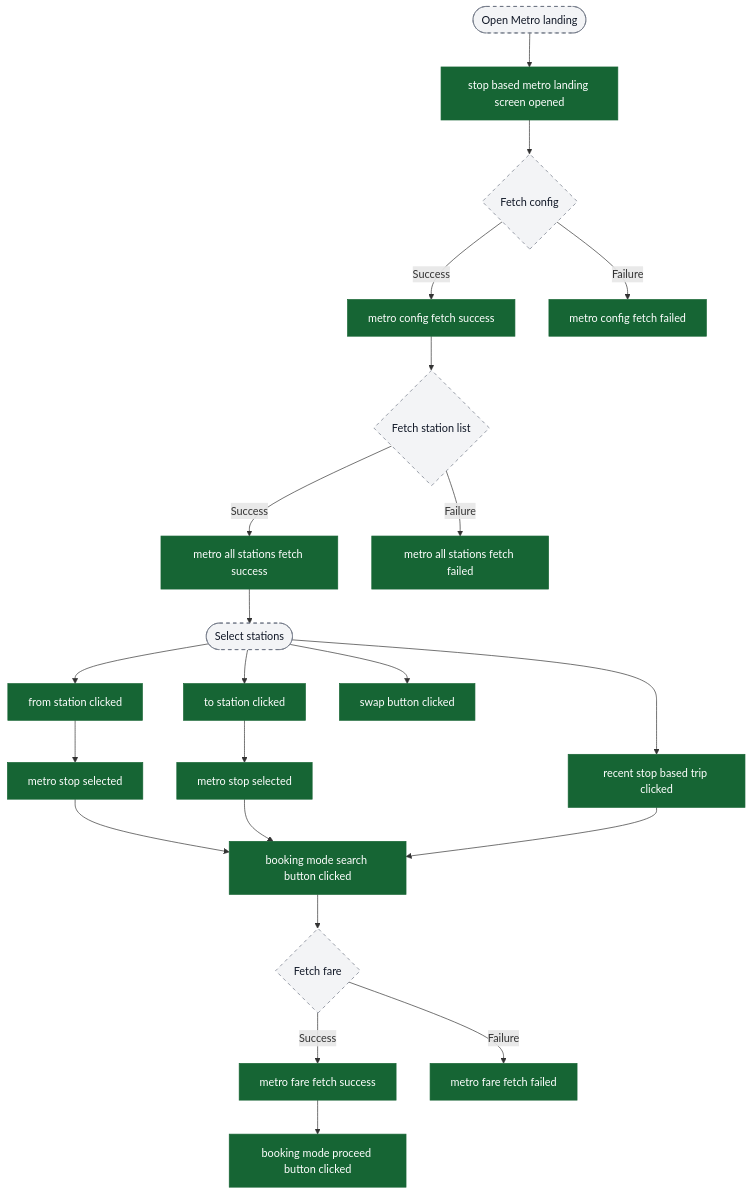
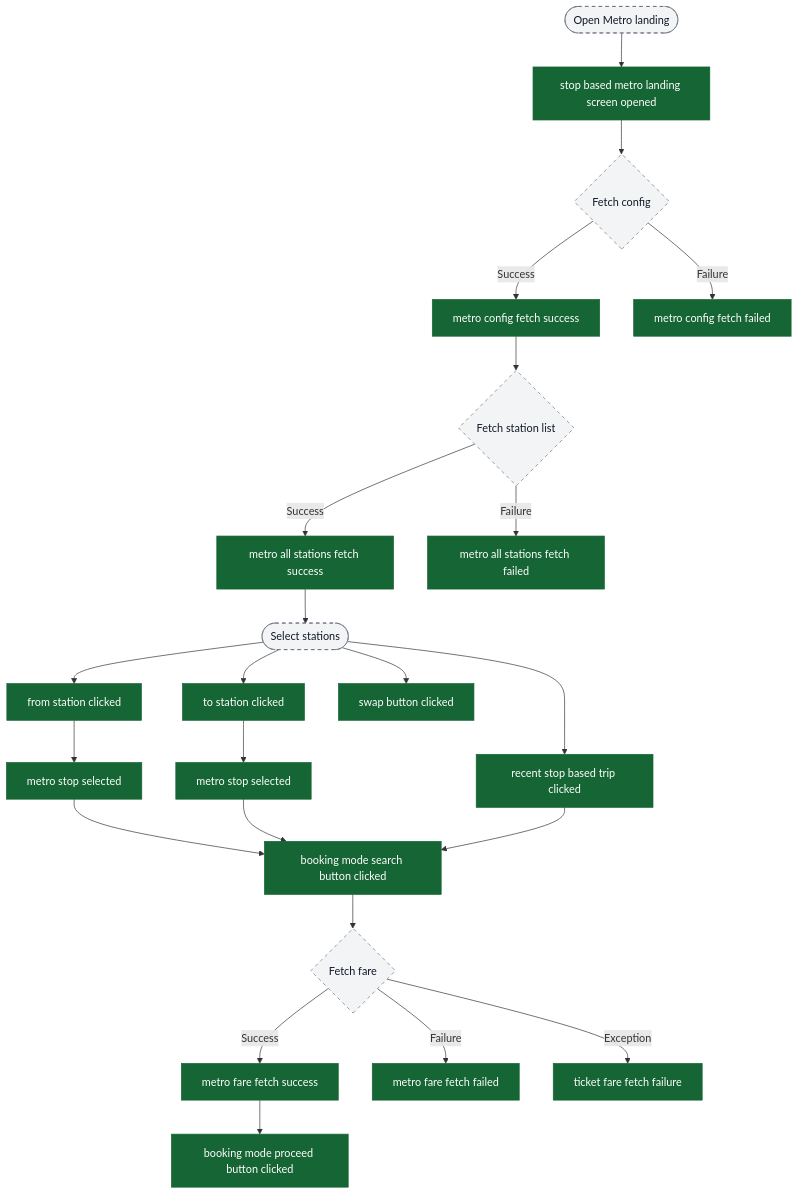
Before and after one commit to ratulsarna/chalo-app-dashboard: the second of 8 diagrams in content/analytics/metro/flow-diagrams.md, drawn with Mermaid. The commit also changed other lines of this file and 2 other files, not shown here.

Commit message:
feat(analytics): update metro flow diagrams and event properties for ONDC route search and ticket validation

````diff
--- a/content/analytics/metro/flow-diagrams.md
+++ b/content/analytics/metro/flow-diagrams.md
@@ -33,39 +33,40 @@
 ```mermaid
 flowchart TD
   ui_open([Open Metro landing]) --> ev_open["stop based metro landing screen opened"]
 
   ev_open --> ui_config{Fetch config}
   ui_config -->|Success| ev_cfgOk["metro config fetch success"]
   ui_config -->|Failure| ev_cfgFail["metro config fetch failed"]
 
   ev_cfgOk --> ui_stations{Fetch station list}
   ui_stations -->|Success| ev_stationsOk["metro all stations fetch success"]
   ui_stations -->|Failure| ev_stationsFail["metro all stations fetch failed"]
 
   ev_stationsOk --> ui_selectStops([Select stations])
 
   ui_selectStops --> ev_fromClick["from station clicked"]
   ev_fromClick --> ev_stopSelectedFrom["metro stop selected"]
 
   ui_selectStops --> ev_toClick["to station clicked"]
   ev_toClick --> ev_stopSelectedTo["metro stop selected"]
 
   ui_selectStops --> ev_swap["swap button clicked"]
   ui_selectStops --> ev_recentTrip["recent stop based trip clicked"]
 
   ev_stopSelectedFrom --> ev_searchBtn["booking mode search button clicked"]
   ev_stopSelectedTo --> ev_searchBtn
   ev_recentTrip --> ev_searchBtn
 
   ev_searchBtn --> ui_fareFetch{Fetch fare}
   ui_fareFetch -->|Success| ev_fareOk["metro fare fetch success"]
   ui_fareFetch -->|Failure| ev_fareFail["metro fare fetch failed"]
+  ui_fareFetch -->|Exception| ev_fareException["ticket fare fetch failure"]
 
   ev_fareOk --> ev_proceedBtn["booking mode proceed button clicked"]
 
   classDef event fill:#166534,stroke:#166534,color:#ffffff;
   classDef ui fill:#f3f4f6,stroke:#6b7280,stroke-dasharray: 5 5,color:#111827;
 
-  class ev_open,ev_cfgOk,ev_cfgFail,ev_stationsOk,ev_stationsFail,ev_fromClick,ev_stopSelectedFrom,ev_toClick,ev_stopSelectedTo,ev_swap,ev_recentTrip,ev_searchBtn,ev_fareOk,ev_fareFail,ev_proceedBtn event;
+  class ev_open,ev_cfgOk,ev_cfgFail,ev_stationsOk,ev_stationsFail,ev_fromClick,ev_stopSelectedFrom,ev_toClick,ev_stopSelectedTo,ev_swap,ev_recentTrip,ev_searchBtn,ev_fareOk,ev_fareFail,ev_fareException,ev_proceedBtn event;
   class ui_open,ui_config,ui_stations,ui_selectStops,ui_fareFetch ui;
 ```
````
